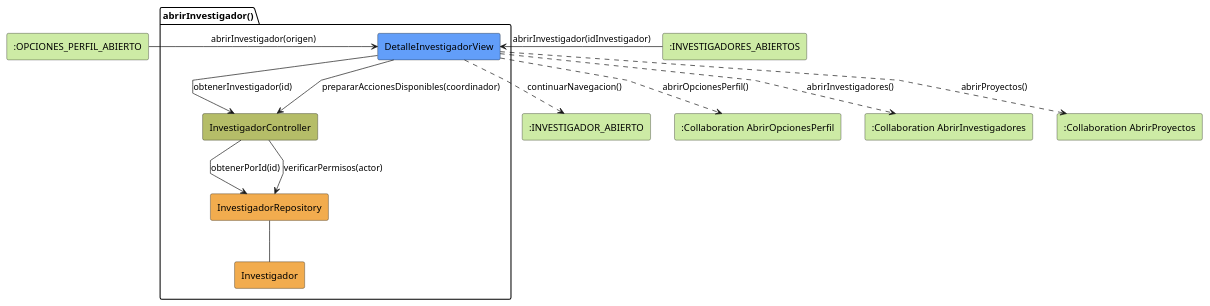
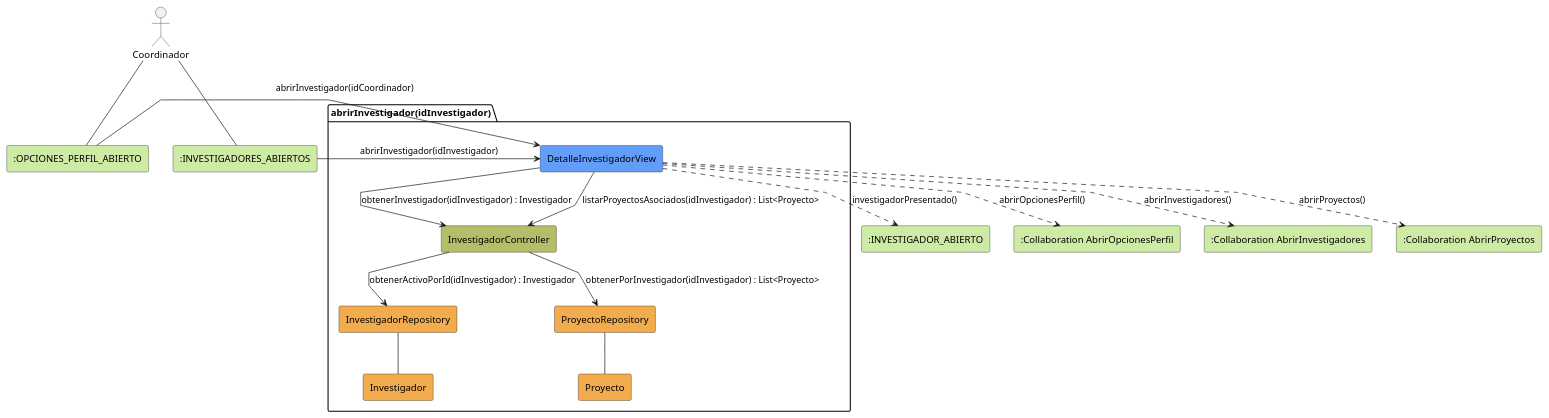
The diagram in RUP/01-analisis/casos-uso/coordinador/abrirInvestigador/colaboracion.puml (beatriizorozco/25-26-idsw2-sdVC), drawn with PlantUML before and after one commit. The commit also changed 41 other files, not shown here.

```diff
--- a/RUP/01-analisis/casos-uso/coordinador/abrirInvestigador/colaboracion.puml
+++ b/RUP/01-analisis/casos-uso/coordinador/abrirInvestigador/colaboracion.puml
@@ -1,31 +1,34 @@
 @startuml abrirInvestigador-analisis
 skinparam linetype polyline
 
-rectangle #CDEBA5 ":OPCIONES_PERFIL_ABIERTO" as EstadoEntrada1
-rectangle #CDEBA5 ":INVESTIGADORES_ABIERTOS" as EstadoEntrada2
-package abrirInvestigador as "abrirInvestigador()" {
+actor Coordinador
+rectangle #CDEBA5 ":OPCIONES_PERFIL_ABIERTO" as PerfilAbierto
+rectangle #CDEBA5 ":INVESTIGADORES_ABIERTOS" as InvestigadoresAbiertos
+package abrirInvestigador as "abrirInvestigador(idInvestigador)" {
     rectangle #629EF9 DetalleInvestigadorView
     rectangle #b5bd68 InvestigadorController
     rectangle #F2AC4E InvestigadorRepository
+    rectangle #F2AC4E ProyectoRepository
     rectangle #F2AC4E Investigador
+    rectangle #F2AC4E Proyecto
 }
-
-rectangle #CDEBA5 ":INVESTIGADOR_ABIERTO" as EstadoSalida
-rectangle #CDEBA5 ":Collaboration AbrirOpcionesPerfil" as AbrirOpcionesPerfil
+rectangle #CDEBA5 ":INVESTIGADOR_ABIERTO" as InvestigadorAbierto
+rectangle #CDEBA5 ":Collaboration AbrirOpcionesPerfil" as AbrirPerfil
 rectangle #CDEBA5 ":Collaboration AbrirInvestigadores" as AbrirInvestigadores
 rectangle #CDEBA5 ":Collaboration AbrirProyectos" as AbrirProyectos
 
-EstadoEntrada1 -r-> DetalleInvestigadorView: abrirInvestigador(origen)
-EstadoEntrada2 -r-> DetalleInvestigadorView: abrirInvestigador(idInvestigador)
-
-DetalleInvestigadorView -d-> InvestigadorController: obtenerInvestigador(id)
-DetalleInvestigadorView --> InvestigadorController: prepararAccionesDisponibles(coordinador)
-InvestigadorController --> InvestigadorRepository: obtenerPorId(id)
-InvestigadorController --> InvestigadorRepository: verificarPermisos(actor)
+Coordinador -- PerfilAbierto
+Coordinador -- InvestigadoresAbiertos
+PerfilAbierto -r-> DetalleInvestigadorView: abrirInvestigador(idCoordinador)
+InvestigadoresAbiertos -r-> DetalleInvestigadorView: abrirInvestigador(idInvestigador)
+DetalleInvestigadorView -d-> InvestigadorController: obtenerInvestigador(idInvestigador) : Investigador
+InvestigadorController --> InvestigadorRepository: obtenerActivoPorId(idInvestigador) : Investigador
+DetalleInvestigadorView --> InvestigadorController: listarProyectosAsociados(idInvestigador) : List<Proyecto>
+InvestigadorController --> ProyectoRepository: obtenerPorInvestigador(idInvestigador) : List<Proyecto>
 InvestigadorRepository -- Investigador
-DetalleInvestigadorView ..> EstadoSalida: continuarNavegacion()
-DetalleInvestigadorView ..> AbrirOpcionesPerfil: abrirOpcionesPerfil()
+ProyectoRepository -- Proyecto
+DetalleInvestigadorView ..> InvestigadorAbierto: investigadorPresentado()
+DetalleInvestigadorView ..> AbrirPerfil: abrirOpcionesPerfil()
 DetalleInvestigadorView ..> AbrirInvestigadores: abrirInvestigadores()
 DetalleInvestigadorView ..> AbrirProyectos: abrirProyectos()
-
 @enduml
```
